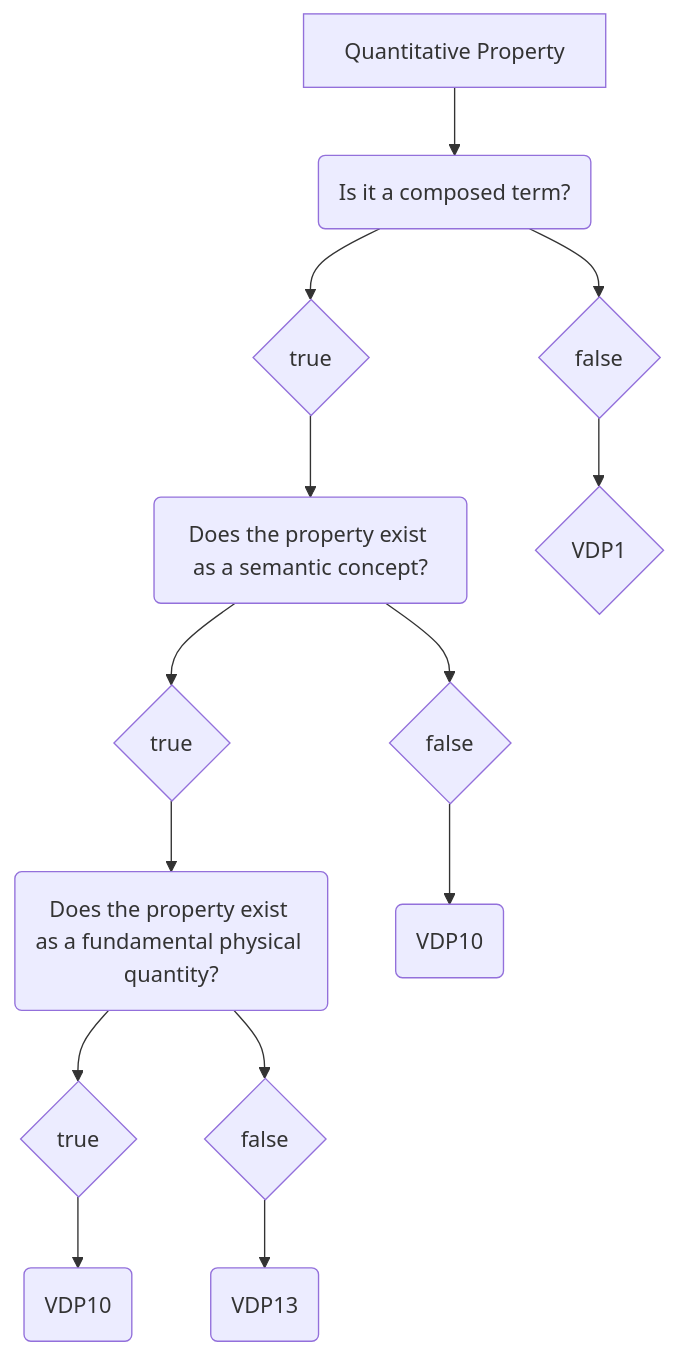
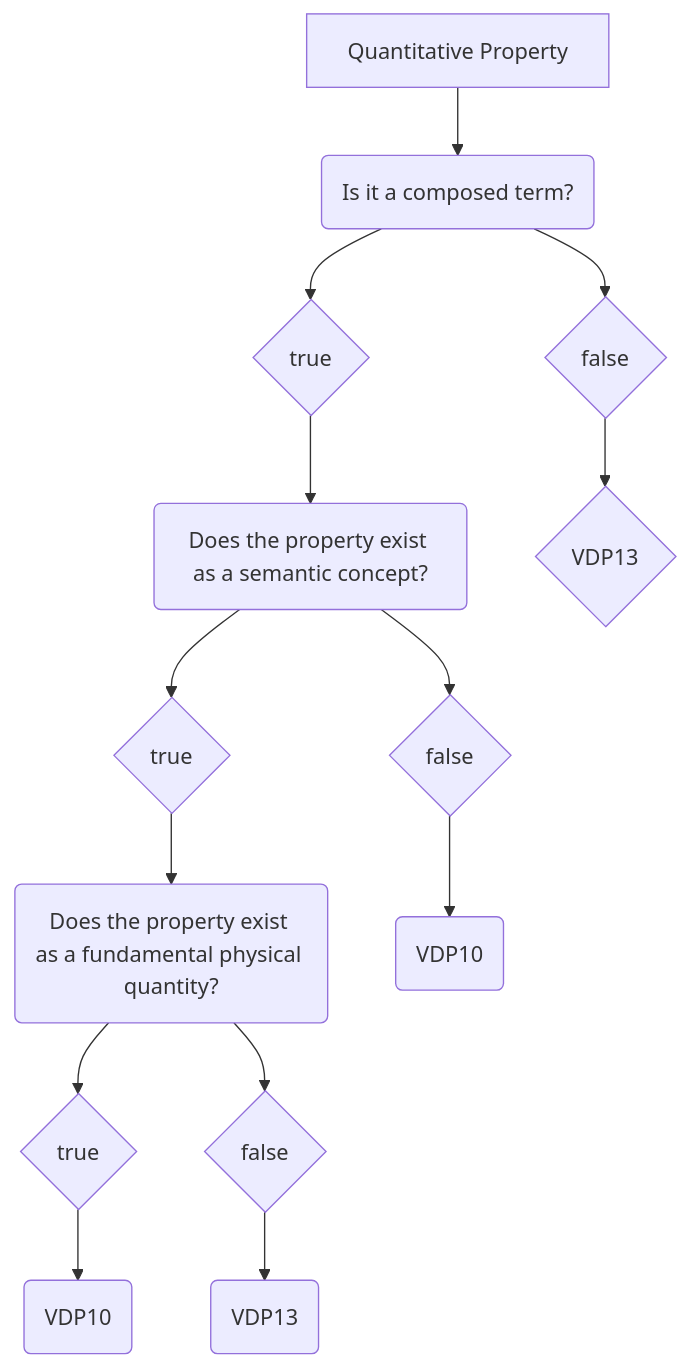
Before and after one commit to mabablue/I-ADOPT-patterns-playground: the diagram in Decisition_trees/DT1.mmd, drawn with Mermaid.

```diff
--- a/Decisition_trees/DT1.mmd
+++ b/Decisition_trees/DT1.mmd
@@ -1,14 +1,14 @@
 flowchart TD
     A[Quantitative Property] --> B(Is it a composed term?)
     B --> C{true}
     B --> D{false}
     C --> E(Does the property exist as a semantic concept?) 
     E --> F{true}
     E --> G{false}
     F --> H(Does the property exist as a fundamental physical quantity?)
-    D --> I{VDP1} 
+    D --> I{VDP13} 
     G --> J(VDP10)
     H --> L{true}
     L --> M(VDP10)
     H --> N{false}
     N --> O(VDP13)
```
